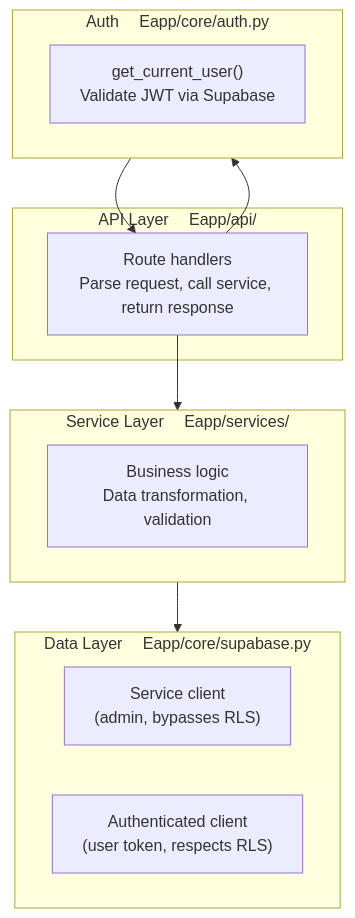
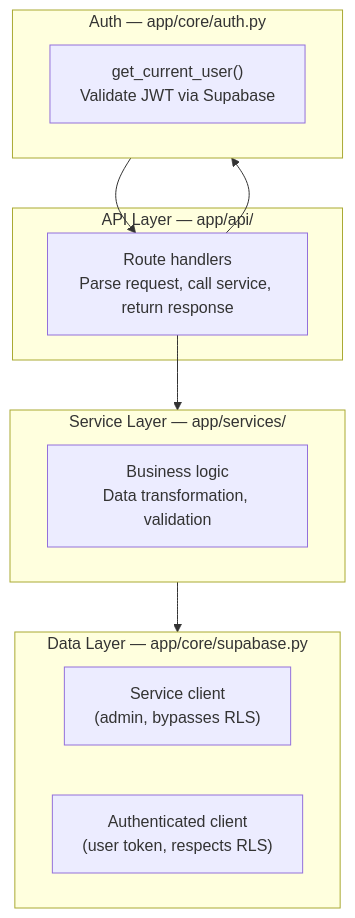
Before and after one commit to nyanham/morning-routine-productivity: the first of 3 diagrams in docs/02-Architecture/02-Backend-Architecture.md, drawn with Mermaid. The commit also changed other lines of this file and 40 other files, not shown here.

````diff
--- a/docs/02-Architecture/02-Backend-Architecture.md
+++ b/docs/02-Architecture/02-Backend-Architecture.md
@@ -39,24 +39,24 @@
 ```mermaid
 flowchart TB
-    subgraph API["API Layer  Eapp/api/"]
+    subgraph API["API Layer  — app/api/"]
         Handlers["Route handlers\nParse request, call service, return response"]
     end
 
-    subgraph AUTH["Auth  Eapp/core/auth.py"]
+    subgraph AUTH["Auth  — app/core/auth.py"]
         JWTCheck["get_current_user()\nValidate JWT via Supabase"]
     end
 
-    subgraph SERVICE["Service Layer  Eapp/services/"]
+    subgraph SERVICE["Service Layer  — app/services/"]
         Logic["Business logic\nData transformation, validation"]
     end
 
-    subgraph DATA["Data Layer  Eapp/core/supabase.py"]
+    subgraph DATA["Data Layer  — app/core/supabase.py"]
         ServiceClient["Service client\n(admin, bypasses RLS)"]
         AuthClient["Authenticated client\n(user token, respects RLS)"]
     end
 
     Handlers --> AUTH
     AUTH --> Handlers
     Handlers --> SERVICE
     SERVICE --> DATA
 ```
````
